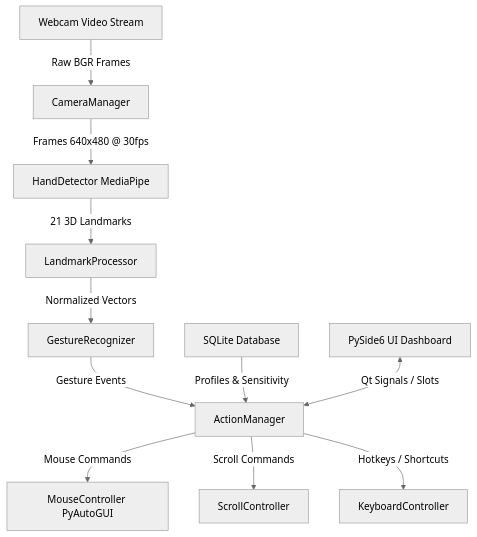
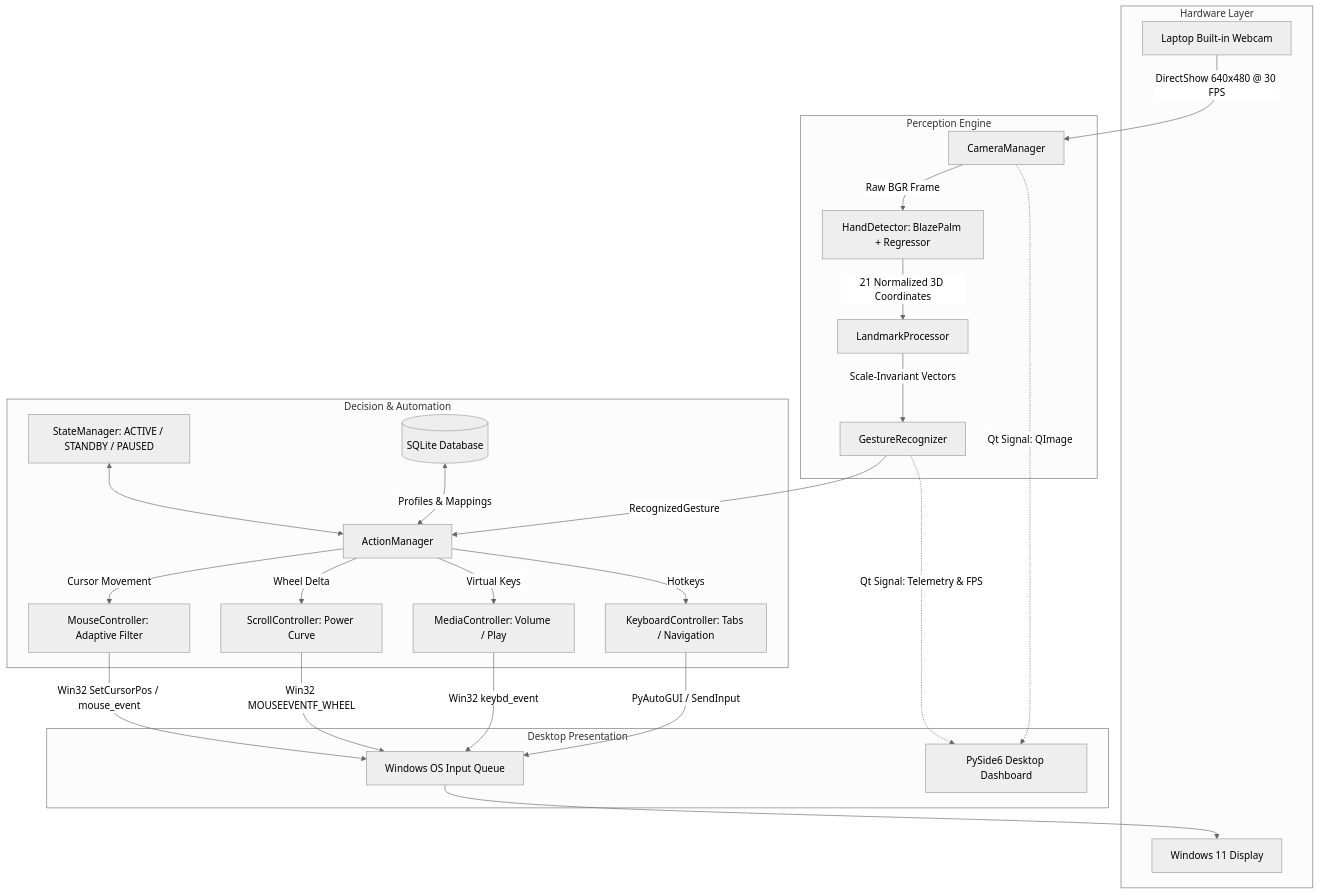
The diagram in README.md (Akshaya2720/VisionTouch-ai), drawn with Mermaid (neutral theme) before and after one commit. The commit also changed other lines of this file and 18 other files, not shown here.

Commit message:
feat: implement floating cursor overlay reticle, always-on-top PiP camera, and real-app desktop mode

````diff
--- a/README.md
+++ b/README.md
@@ -9,13 +47,36 @@
 ```mermaid
 graph TD
-    A[Webcam Video Stream] -->|Raw BGR Frames| B[CameraManager]
-    B -->|Frames 640x480 @ 30fps| C[HandDetector MediaPipe]
-    C -->|21 3D Landmarks| D[LandmarkProcessor]
-    D -->|Normalized Vectors| E[GestureRecognizer]
-    E -->|Gesture Events| F[ActionManager]
-    F -->|Mouse Commands| G[MouseController PyAutoGUI]
-    F -->|Scroll Commands| H[ScrollController]
-    F -->|Hotkeys / Shortcuts| I[KeyboardController]
-    J[SQLite Database] -->|Profiles & Sensitivity| F
-    K[PySide6 UI Dashboard] <-->|Qt Signals / Slots| F
+    subgraph Hardware Layer
+        CAM[Laptop Built-in Webcam]
+        DISPLAY[Windows 11 Display]
+    end
+
+    subgraph Perception Engine
+        CAM -->|DirectShow 640x480 @ 30 FPS| CM[CameraManager]
+        CM -->|Raw BGR Frame| HD[HandDetector: BlazePalm + Regressor]
+        HD -->|21 Normalized 3D Coordinates| LP[LandmarkProcessor]
+        LP -->|Scale-Invariant Vectors| GR[GestureRecognizer]
+    end
+
+    subgraph Decision & Automation
+        GR -->|RecognizedGesture| AM[ActionManager]
+        SM[StateManager: ACTIVE / STANDBY / PAUSED] <--> AM
+        DB[(SQLite Database)] <-->|Profiles & Mappings| AM
+        
+        AM -->|Cursor Movement| MC[MouseController: Adaptive Filter]
+        AM -->|Wheel Delta| SC[ScrollController: Power Curve]
+        AM -->|Virtual Keys| MED[MediaController: Volume / Play]
+        AM -->|Hotkeys| KC[KeyboardController: Tabs / Navigation]
+    end
+
+    subgraph Desktop Presentation
+        MC -->|Win32 SetCursorPos / mouse_event| OS[Windows OS Input Queue]
+        SC -->|Win32 MOUSEEVENTF_WHEEL| OS
+        MED -->|Win32 keybd_event| OS
+        KC -->|PyAutoGUI / SendInput| OS
+        
+        CM -.->|Qt Signal: QImage| UI[PySide6 Desktop Dashboard]
+        GR -.->|Qt Signal: Telemetry & FPS| UI
+        OS --> DISPLAY
+    end
 ```
````
